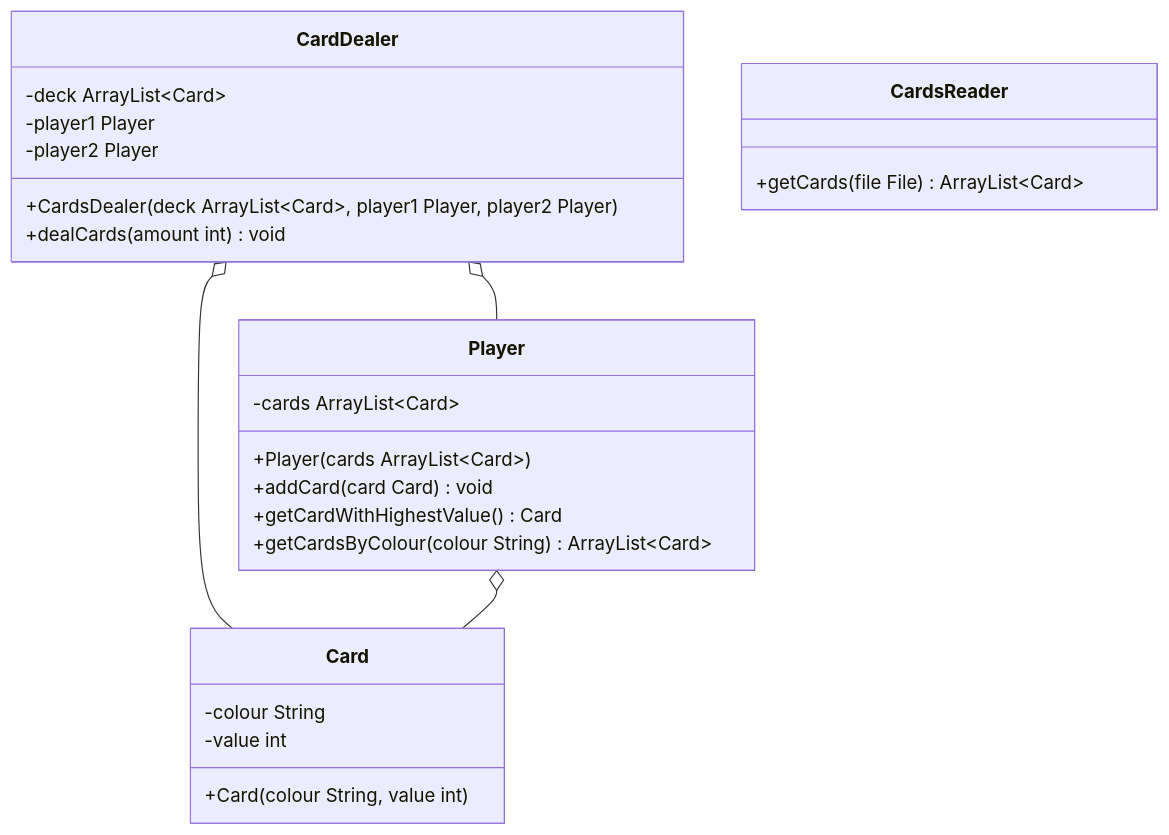
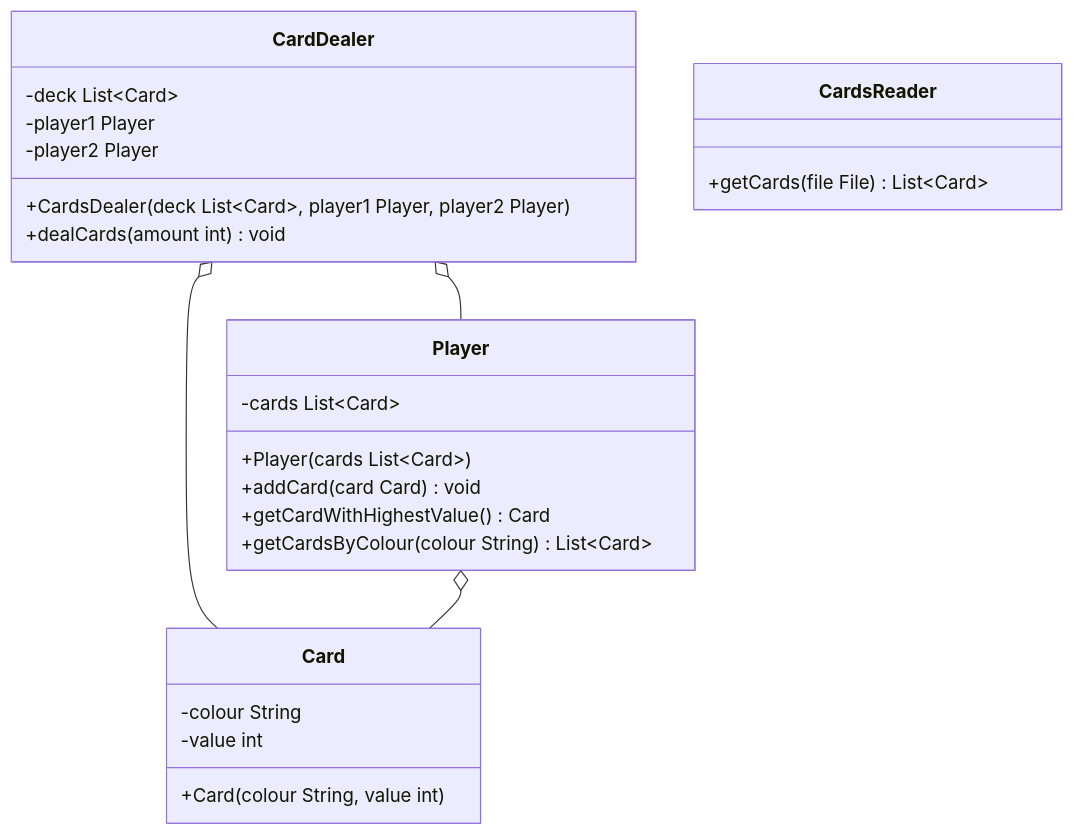
One commit to jappuccini/java-docs changed the diagram in docs/exam-exercises/exam-exercises-java1/cards-dealer.md. Above: the diagram before and after it, drawn with Mermaid. The commit also changed other lines of this file, not shown here.

````diff
--- a/docs/exam-exercises/exam-exercises-java1/cards-dealer.md
+++ b/docs/exam-exercises/exam-exercises-java1/cards-dealer.md
@@ -11,32 +11,32 @@
 ```mermaid
 classDiagram
     CardDealer o-- Player
     CardDealer o-- Card
     Player o-- Card
 
     class Player {
-        -cards ArrayList~Card~
-        +Player(cards ArrayList~Card~)
+        -cards List~Card~
+        +Player(cards List~Card~)
         +addCard(card Card) void
         +getCardWithHighestValue() Card
-        +getCardsByColour(colour String) ArrayList~Card~
+        +getCardsByColour(colour String) List~Card~
     }
 
     class CardDealer {
-        -deck ArrayList~Card~
+        -deck List~Card~
         -player1 Player
         -player2 Player
-        +CardsDealer(deck ArrayList~Card~, player1 Player, player2 Player )
+        +CardsDealer(deck List~Card~, player1 Player, player2 Player )
         +dealCards(amount int) void
     }
 
     class Card {
         -colour String
         -value int
         +Card(colour String, value int)
     }
 
     class CardsReader {
-        +getCards(file File) ArrayList~Card~
+        +getCards(file File) List~Card~
     }
 ```
````
